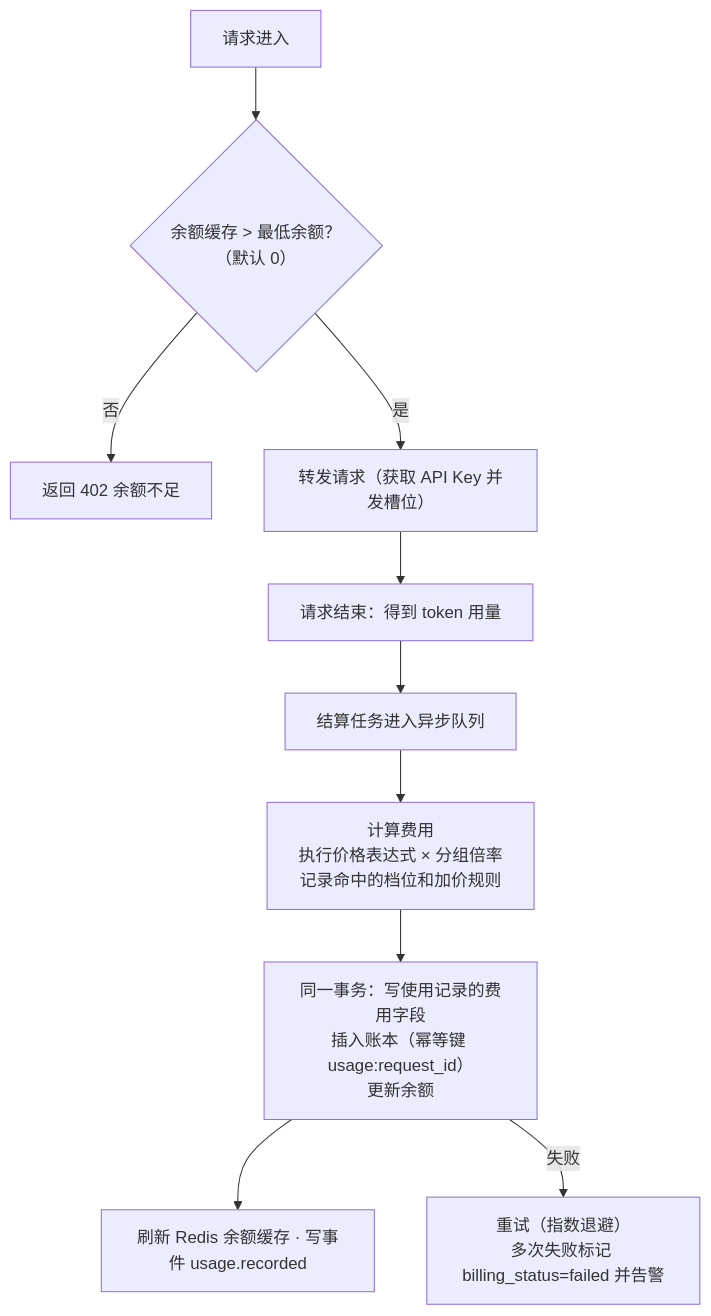
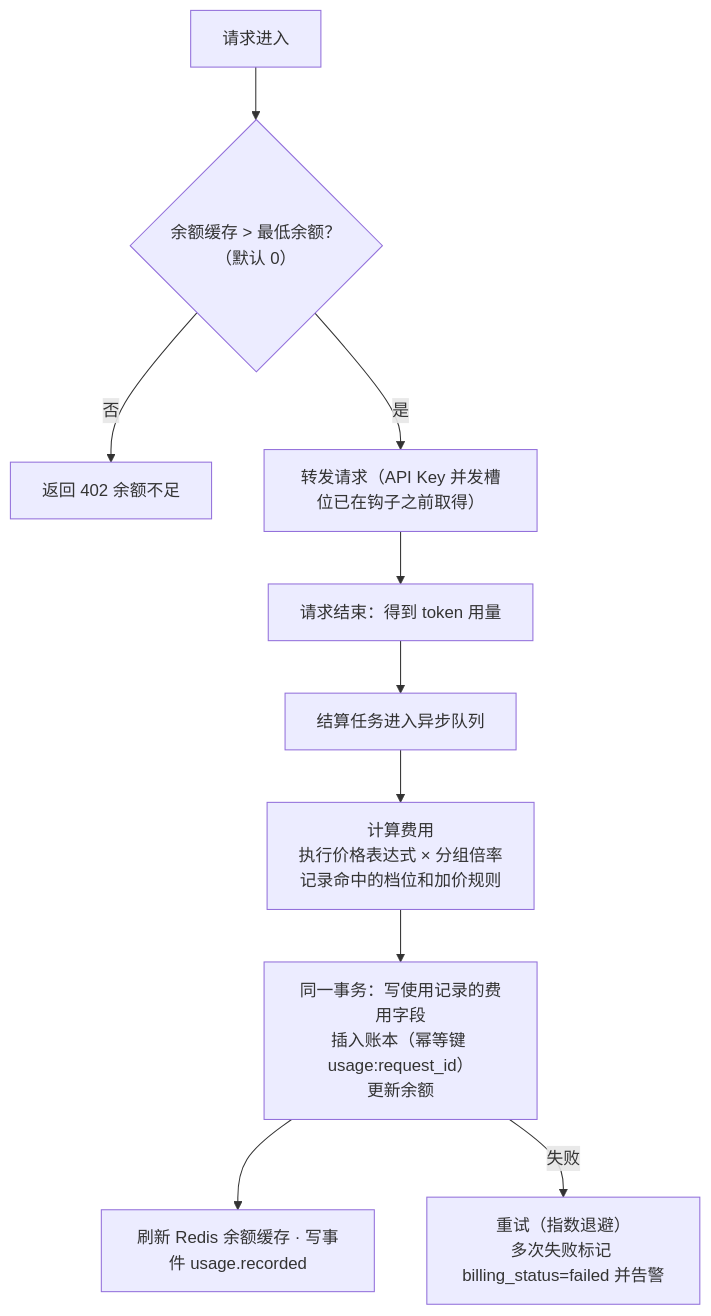
One commit to Sub2API-Devs/sup2api changed the tenth of 18 diagrams in next/docs/ARCHITECTURE.md. Above: the diagram before and after it, drawn with Mermaid. The commit also changed other lines of this file and 4 other files, not shown here.

````diff
--- a/next/docs/ARCHITECTURE.md
+++ b/next/docs/ARCHITECTURE.md
@@ -1068,12 +1068,12 @@
 ```mermaid
 flowchart TD
   a["请求进入"] --> b{"余额缓存 > 最低余额？<br/>（默认 0）"}
   b -- 否 --> x["返回 402 余额不足"]
-  b -- 是 --> c["转发请求（获取 API Key 并发槽位）"]
+  b -- 是 --> c["转发请求（API Key 并发槽位已在钩子之前取得）"]
   c --> d["请求结束：得到 token 用量"]
   d --> e["结算任务进入异步队列"]
   e --> f["计算费用<br/>执行价格表达式 × 分组倍率<br/>记录命中的档位和加价规则"]
   f --> g["同一事务：写使用记录的费用字段<br/>插入账本（幂等键 usage:request_id）<br/>更新余额"]
   g --> h["刷新 Redis 余额缓存 · 写事件 usage.recorded"]
   g -- 失败 --> r["重试（指数退避）<br/>多次失败标记 billing_status=failed 并告警"]
 ```
````
